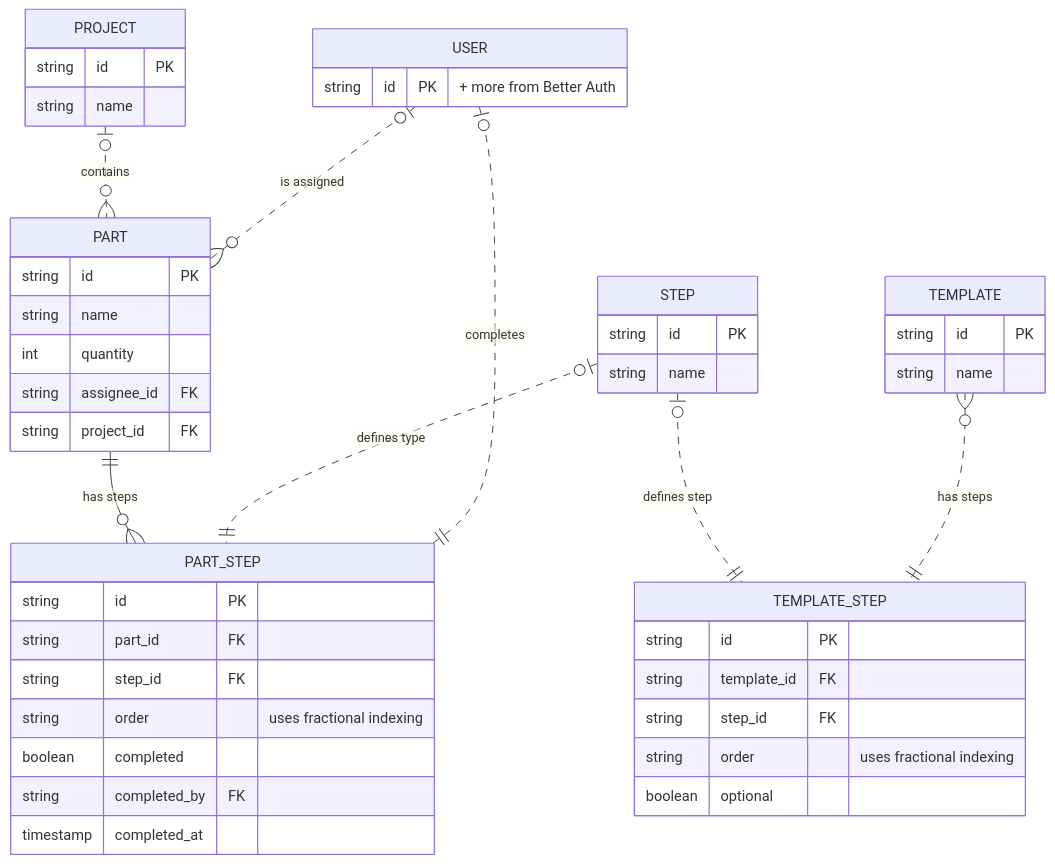
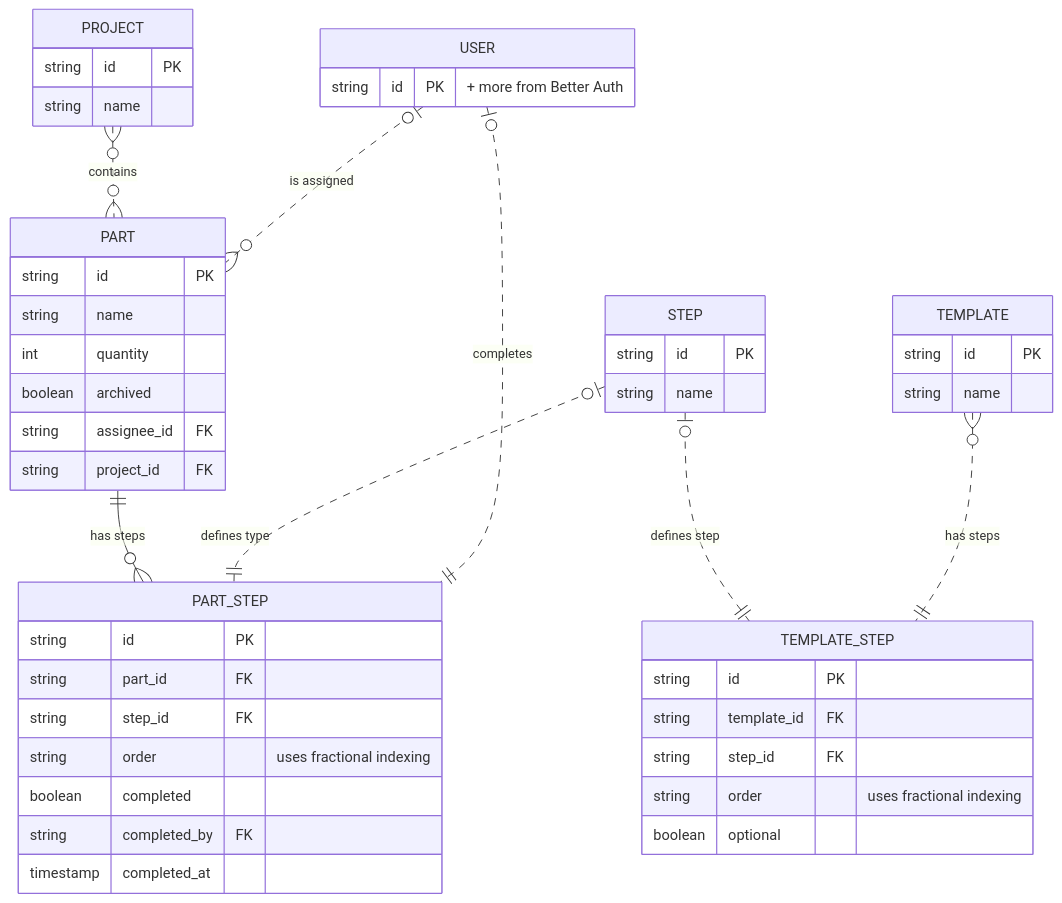
The second of 2 diagrams in docs/dev_plan.md (crummyh/manufacturing-hub), drawn with Mermaid before and after one commit. The commit also changed other lines of this file, not shown here.

````diff
--- a/docs/dev_plan.md
+++ b/docs/dev_plan.md
@@ -67,55 +69,56 @@
 ```mermaid
 erDiagram
   USER {
     string id PK "+ more from Better Auth"
   }
 
   PROJECT {
     string id PK
     string name
   }
 
   PART {
     string id PK
     string name
     int quantity
+    boolean archived
     string assignee_id FK
     string project_id FK
   }
 
   STEP {
     string id PK
     string name
   }
 
   PART_STEP {
     string id PK
     string part_id FK
     string step_id FK
     string order "uses fractional indexing"
     boolean completed
     string completed_by FK
     timestamp completed_at
   }
 
   TEMPLATE {
     string id PK
     string name
   }
 
   TEMPLATE_STEP {
     string id PK
     string template_id FK
     string step_id FK
     string order "uses fractional indexing"
     boolean optional
   }
 
   USER |o..o{ PART : "is assigned"
   USER |o..|| PART_STEP : "completes"
   STEP |o..|| PART_STEP : "defines type"
   PART ||--}o PART_STEP : "has steps"
-  PROJECT |o..o{ PART : contains
+  PROJECT }o..o{ PART : contains
   TEMPLATE }o..|| TEMPLATE_STEP : "has steps"
   STEP |o..|| TEMPLATE_STEP : "defines step"
 ```
````
